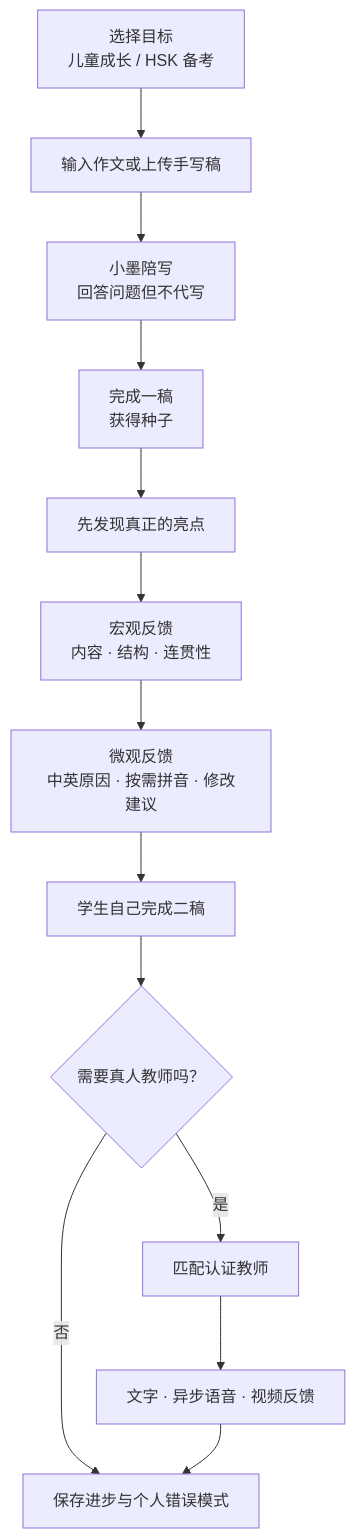
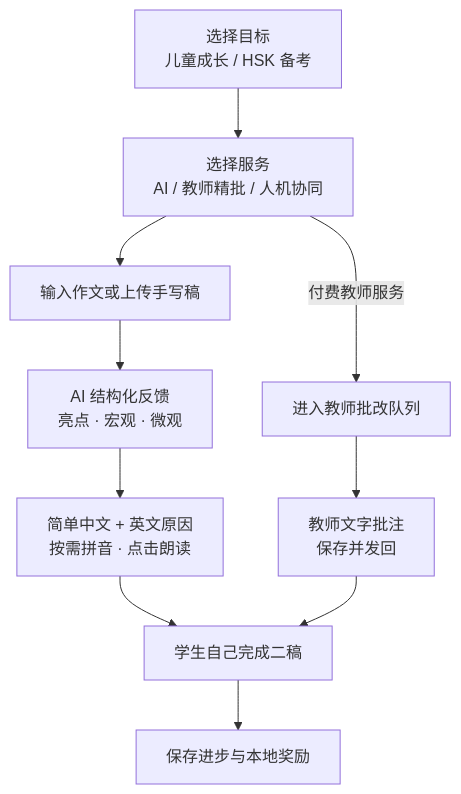
The first of 5 diagrams in README.md (gracetang0925/hongbi), drawn with Mermaid before and after one commit. The commit also changed other lines of this file, not shown here.

````diff
--- a/README.md
+++ b/README.md
@@ -63,15 +67,12 @@
 ```mermaid
 flowchart TD
-    A["选择目标<br/>儿童成长 / HSK 备考"] --> B["输入作文或上传手写稿"]
-    B --> C["小墨陪写<br/>回答问题但不代写"]
-    C --> D["完成一稿<br/>获得种子"]
-    D --> E["先发现真正的亮点"]
-    E --> F["宏观反馈<br/>内容 · 结构 · 连贯性"]
-    F --> G["微观反馈<br/>中英原因 · 按需拼音 · 修改建议"]
-    G --> H["学生自己完成二稿"]
-    H --> I{"需要真人教师吗？"}
-    I -- "否" --> J["保存进步与个人错误模式"]
-    I -- "是" --> K["匹配认证教师"]
-    K --> L["文字 · 异步语音 · 视频反馈"]
-    L --> J
+    A["选择目标<br/>儿童成长 / HSK 备考"] --> B["选择服务<br/>AI / 教师精批 / 人机协同"]
+    B --> C["输入作文或上传手写稿"]
+    C --> D["AI 结构化反馈<br/>亮点 · 宏观 · 微观"]
+    D --> E["简单中文 + 英文原因<br/>按需拼音 · 点击朗读"]
+    E --> F["学生自己完成二稿"]
+    B -- "付费教师服务" --> G["进入教师批改队列"]
+    G --> H["教师文字批注<br/>保存并发回"]
+    H --> F
+    F --> I["保存进步与本地奖励"]
 ```
````
